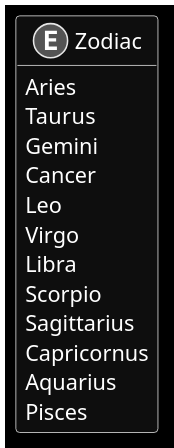
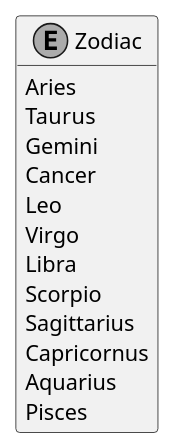
One commit to ObiWanLansi/DoofesZeug changed the diagram in Documentation/Generated/Enumerations/DoofesZeug.Entities.Specieses.Human/Zodiac.puml. Above: the diagram before and after it, drawn with PlantUML. The commit also changed 117 other files, not shown here.

Commit message:
Revert Strange Diagram Settings

```diff
--- a/Documentation/Generated/Enumerations/DoofesZeug.Entities.Specieses.Human/Zodiac.puml
+++ b/Documentation/Generated/Enumerations/DoofesZeug.Entities.Specieses.Human/Zodiac.puml
@@ -1,20 +1,21 @@
 @startuml
-skinparam monochrome reverse
 hide empty members
+skinparam monochrome true
+skinparam backgroundcolor transparent
 
 enum Zodiac {
     Aries
     Taurus
     Gemini
     Cancer
     Leo
     Virgo
     Libra
     Scorpio
     Sagittarius
     Capricornus
     Aquarius
     Pisces
 }
 
 @enduml
```
